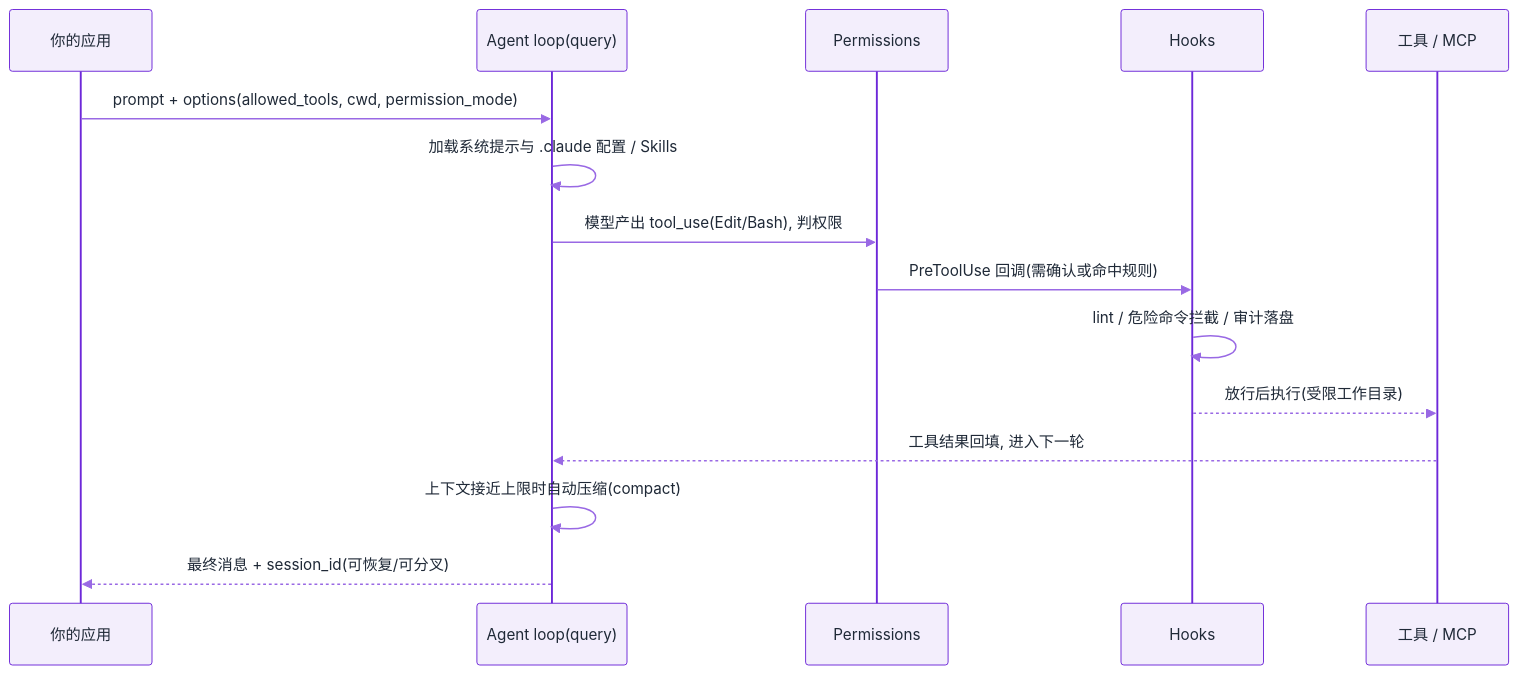
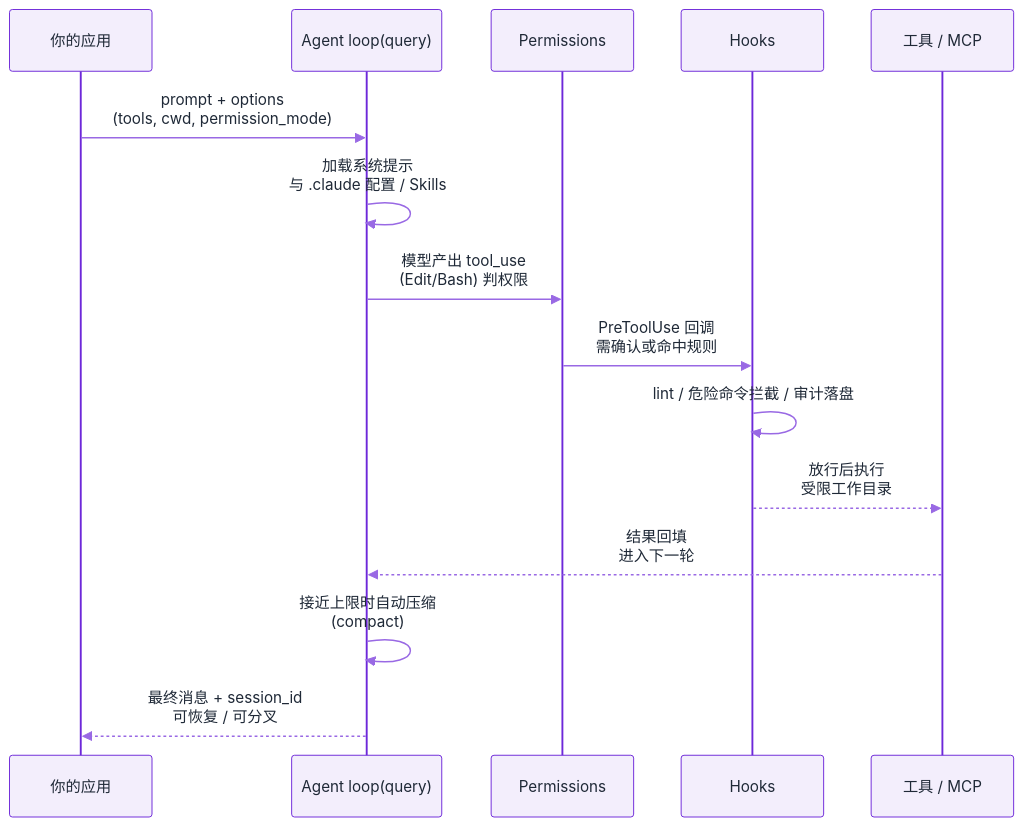
One commit to funny8kids/ai-agent-handbook changed the first of 2 diagrams in docs/18-frontier-2026/claude-agent-sdk.md. Above: the diagram before and after it, drawn with Mermaid. The commit also changed other lines of this file and 17 other files, not shown here.

First line of the commit message:
Fix 17 Mermaid diagrams that GitBook was scaling into unreadable text

````diff
--- a/docs/18-frontier-2026/claude-agent-sdk.md
+++ b/docs/18-frontier-2026/claude-agent-sdk.md
@@ -48,18 +48,18 @@
 ```mermaid
 %%{init: {"theme":"base","themeVariables":{"primaryColor":"#F0EAFB","primaryBorderColor":"#6D28D9","primaryTextColor":"#1F2937","secondaryColor":"#DFD0F7","tertiaryColor":"#F9F6FD","lineColor":"#AF89EA","actorBkg":"#F3EEFC","actorBorder":"#6D28D9","actorTextColor":"#1F2937","signalColor":"#9969E4","noteBkgColor":"#E5D8F8","noteBorderColor":"#6D28D9","noteTextColor":"#1F2937","labelBoxBkgColor":"#F0EAFB","labelBoxBorderColor":"#6D28D9"}}}%%
 sequenceDiagram
   participant App as 你的应用
   participant Runner as Agent loop(query)
   participant Perm as Permissions
   participant Hook as Hooks
   participant Tool as 工具 / MCP
-  App->>Runner: prompt + options(allowed_tools, cwd, permission_mode)
-  Runner->>Runner: 加载系统提示与 .claude 配置 / Skills
-  Runner->>Perm: 模型产出 tool_use(Edit/Bash), 判权限
-  Perm->>Hook: PreToolUse 回调(需确认或命中规则)
+  App->>Runner: prompt + options<br/>(tools, cwd, permission_mode)
+  Runner->>Runner: 加载系统提示<br/>与 .claude 配置 / Skills
+  Runner->>Perm: 模型产出 tool_use<br/>(Edit/Bash) 判权限
+  Perm->>Hook: PreToolUse 回调<br/>需确认或命中规则
   Hook->>Hook: lint / 危险命令拦截 / 审计落盘
-  Hook-->>Tool: 放行后执行(受限工作目录)
-  Tool-->>Runner: 工具结果回填, 进入下一轮
-  Runner->>Runner: 上下文接近上限时自动压缩(compact)
-  Runner-->>App: 最终消息 + session_id(可恢复/可分叉)
+  Hook-->>Tool: 放行后执行<br/>受限工作目录
+  Tool-->>Runner: 结果回填<br/>进入下一轮
+  Runner->>Runner: 接近上限时自动压缩<br/>(compact)
+  Runner-->>App: 最终消息 + session_id<br/>可恢复 / 可分叉
 ```
````
